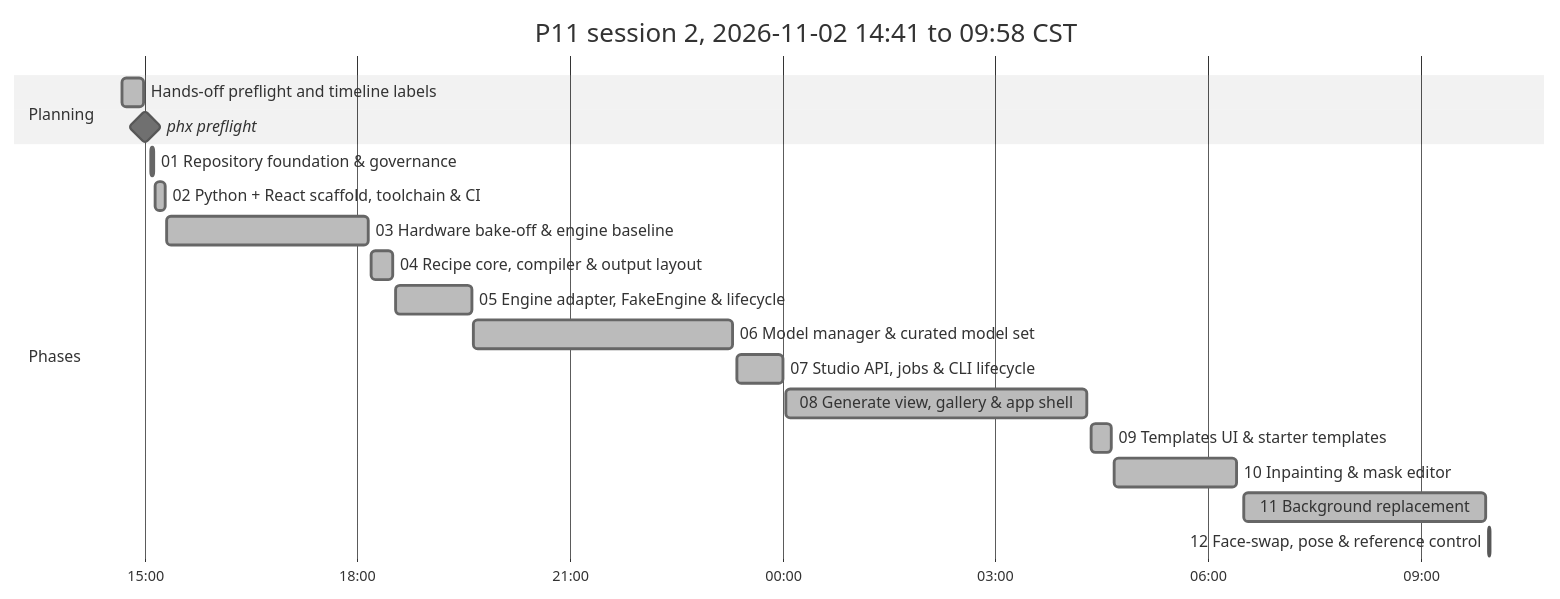
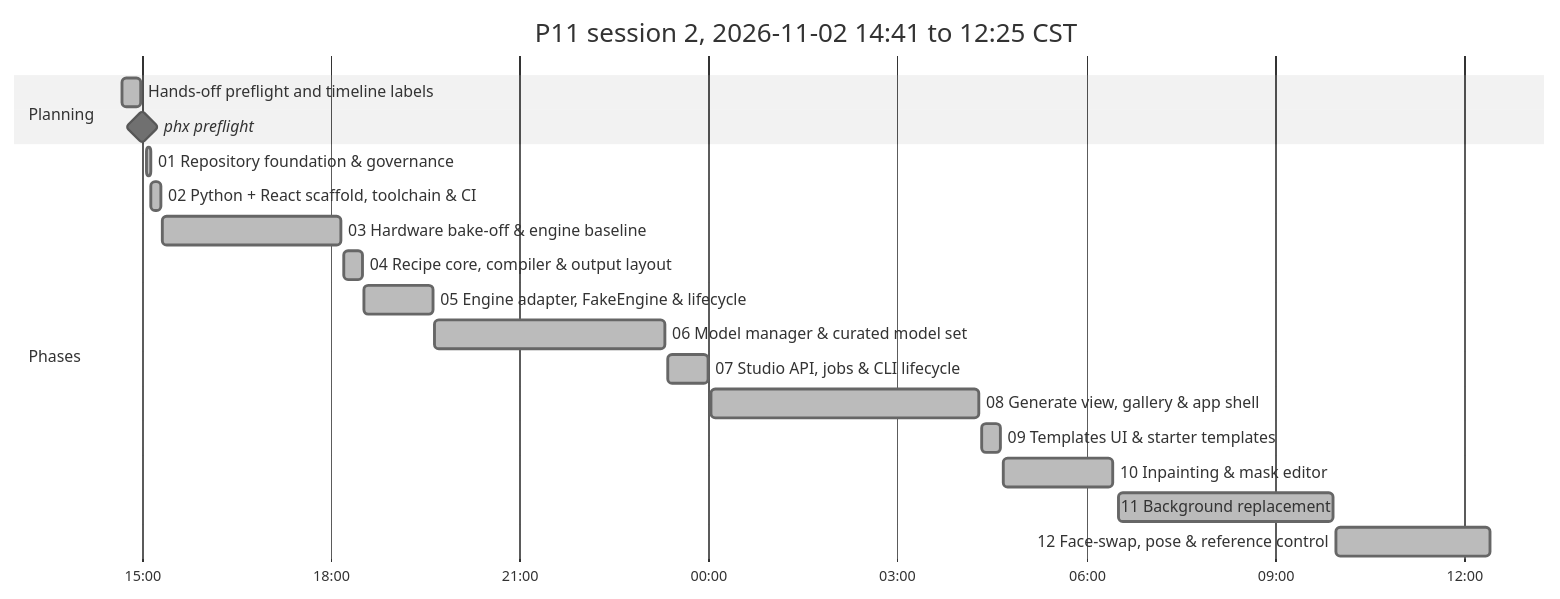
One commit to antonizick/project1111 changed the second of 2 diagrams in P11_IMPLEMENTATION_PLAN.md. Above: the diagram before and after it, drawn with Mermaid (neutral theme). The commit also changed other lines of this file and 1 other file, not shown here.

Commit message:
docs(plan): refresh timeline

````diff
--- a/P11_IMPLEMENTATION_PLAN.md
+++ b/P11_IMPLEMENTATION_PLAN.md
@@ -74,22 +74,22 @@
 ```mermaid
 gantt
-    title P11 session 2, 2026-11-02 14:41 to 09:58 CST
+    title P11 session 2, 2026-11-02 14:41 to 12:25 CST
     dateFormat YYYY-MM-DD HH:mm
     axisFormat %H:%M
     section Planning
     Hands-off preflight and timeline labels :done, plan3, 2026-11-02 14:41, 2026-11-02 14:59
     phx preflight :milestone, pf13ee0d5, 2026-11-02 15:00, 0m
     section Phases
     01 Repository foundation & governance :done, p01s2, 2026-11-02 15:05, 2026-11-02 15:08
     02 Python + React scaffold, toolchain & CI :done, p02s2, 2026-11-02 15:09, 2026-11-02 15:18
     03 Hardware bake-off & engine baseline :done, p03s2, 2026-11-02 15:19, 2026-11-02 18:10
     04 Recipe core, compiler & output layout :done, p04s2, 2026-11-02 18:12, 2026-11-02 18:30
     05 Engine adapter, FakeEngine & lifecycle :done, p05s2, 2026-11-02 18:32, 2026-11-02 19:37
     06 Model manager & curated model set :done, p06s2, 2026-11-02 19:39, 2026-11-02 23:18
     07 Studio API, jobs & CLI lifecycle :done, p07s2, 2026-11-02 23:21, 2026-11-03 00:00
     08 Generate view, gallery & app shell :done, p08s2, 2026-11-03 00:03, 2026-11-03 04:18
     09 Templates UI & starter templates :done, p09s2, 2026-11-03 04:21, 2026-11-03 04:38
     10 Inpainting & mask editor :done, p10s2, 2026-11-03 04:41, 2026-11-03 06:25
     11 Background replacement :done, p11s2, 2026-11-03 06:31, 2026-11-03 09:55
-    12 Face-swap, pose & reference control :active, p12s2, 2026-11-03 09:58, 2026-11-03 09:59
+    12 Face-swap, pose & reference control :done, p12s2, 2026-11-03 09:58, 2026-11-03 12:25
 ```
````
